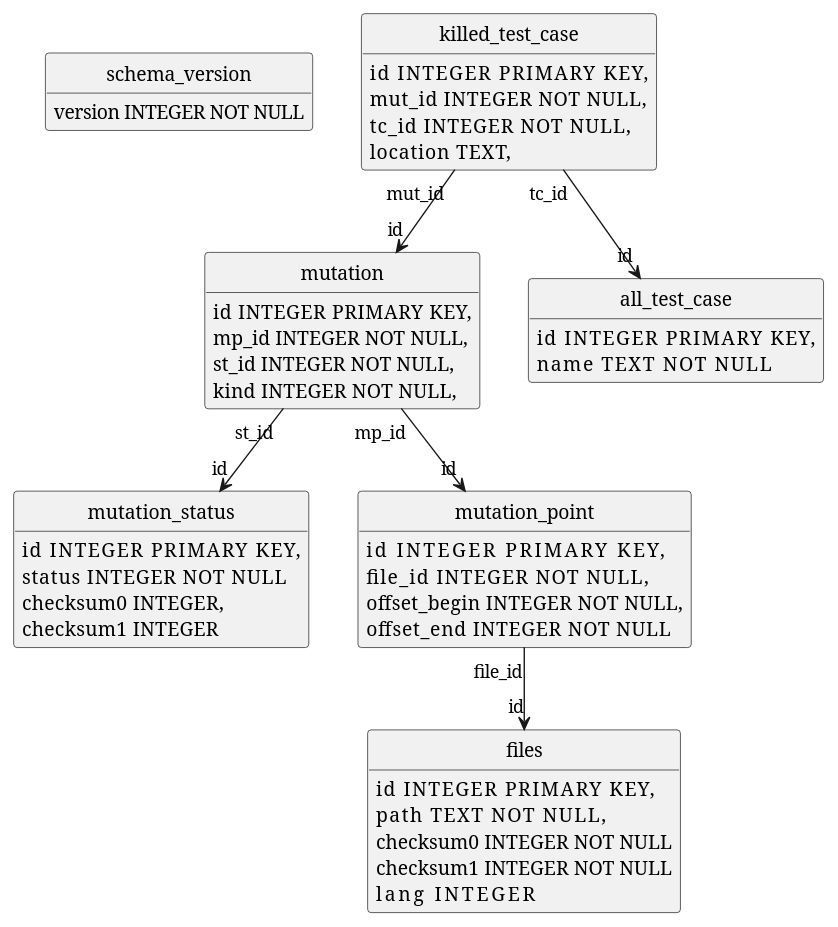
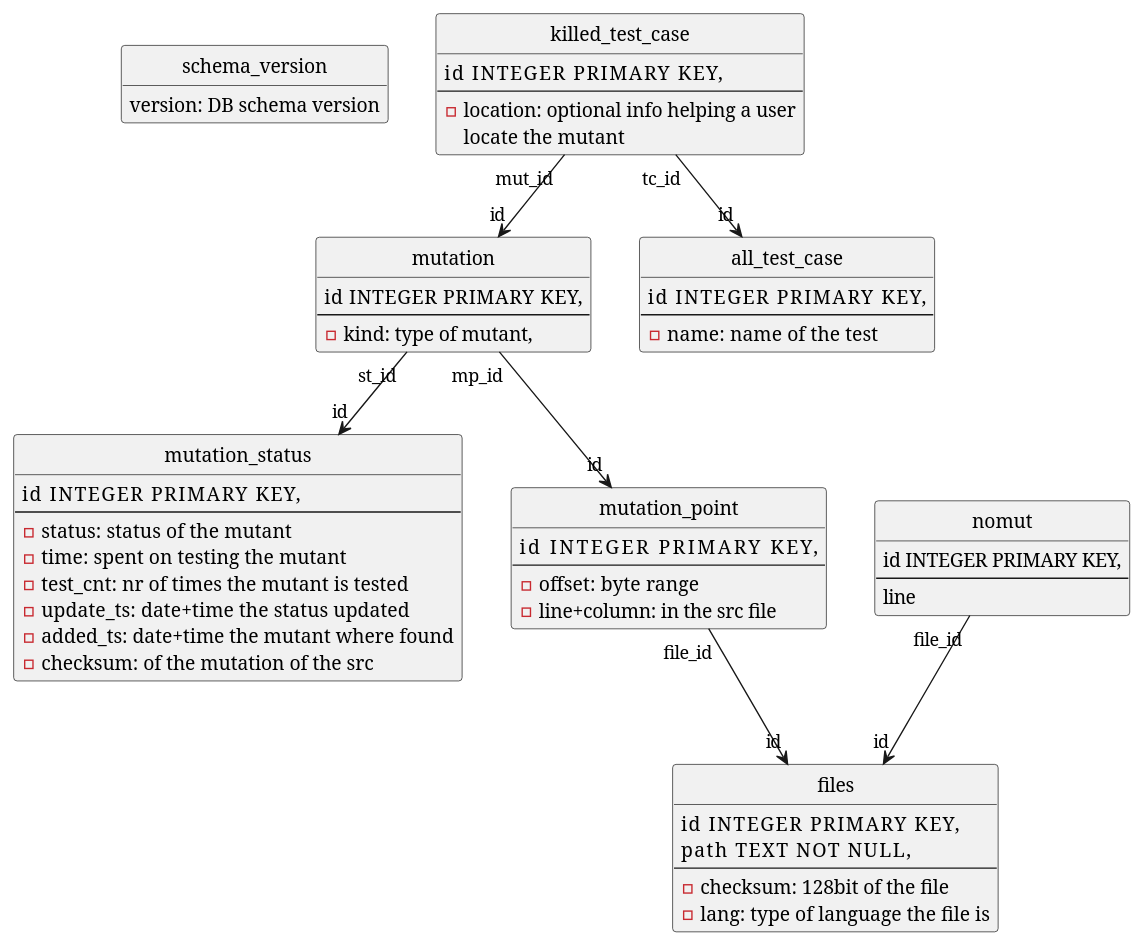
The diagram in plugin/mutate/doc/design/figures/database_schema.pu (joakim-brannstrom/dextool), drawn with PlantUML before and after one commit. The commit also changed 15 other files, not shown here.

```diff
--- a/plugin/mutate/doc/design/figures/database_schema.pu
+++ b/plugin/mutate/doc/design/figures/database_schema.pu
@@ -1,54 +1,65 @@
 @startuml
 hide circle
 hide methods
 
 class schema_version {
-    version INTEGER NOT NULL
+version: DB schema version
 }
 
 class killed_test_case {
     id          INTEGER PRIMARY KEY,
-    mut_id      INTEGER NOT NULL,
-    tc_id       INTEGER NOT NULL,
-    location    TEXT,
+---
+- location: optional info helping a user
+locate the mutant
 }
 killed_test_case "mut_id" --> "id" mutation
 killed_test_case "tc_id" --> "id" all_test_case
 
 class all_test_case {
     id          INTEGER PRIMARY KEY,
-    name        TEXT NOT NULL
+---
+- name: name of the test
 }
 
 class mutation_status {
     id          INTEGER PRIMARY KEY,
-    status      INTEGER NOT NULL
-    checksum0   INTEGER,
-    checksum1   INTEGER
+---
+- status: status of the mutant
+- time: spent on testing the mutant
+- test_cnt: nr of times the mutant is tested
+- update_ts: date+time the status updated
+- added_ts: date+time the mutant where found
+- checksum: of the mutation of the src
 }
 
 class mutation {
     id      INTEGER PRIMARY KEY,
-    mp_id   INTEGER NOT NULL,
-    st_id   INTEGER NOT NULL,
-    kind    INTEGER NOT NULL,
+---
+- kind: type of mutant,
 }
 mutation "mp_id" --> "id" mutation_point
 mutation "st_id" --> "id" mutation_status
 
 class mutation_point {
     id              INTEGER PRIMARY KEY,
-    file_id         INTEGER NOT NULL,
-    offset_begin    INTEGER NOT NULL,
-    offset_end      INTEGER NOT NULL
+---
+- offset: byte range
+- line+column: in the src file
 }
 mutation_point "file_id" --> "id" files
+
+class nomut {
+id  INTEGER PRIMARY KEY,
+---
+line
+}
+nomut "file_id" --> "id" files
 
 class files {
     id          INTEGER PRIMARY KEY,
     path        TEXT NOT NULL,
-    checksum0   INTEGER NOT NULL
-    checksum1   INTEGER NOT NULL
-    lang        INTEGER
+---
+- checksum: 128bit of the file
+- lang: type of language the file is
 }
 @enduml
```
